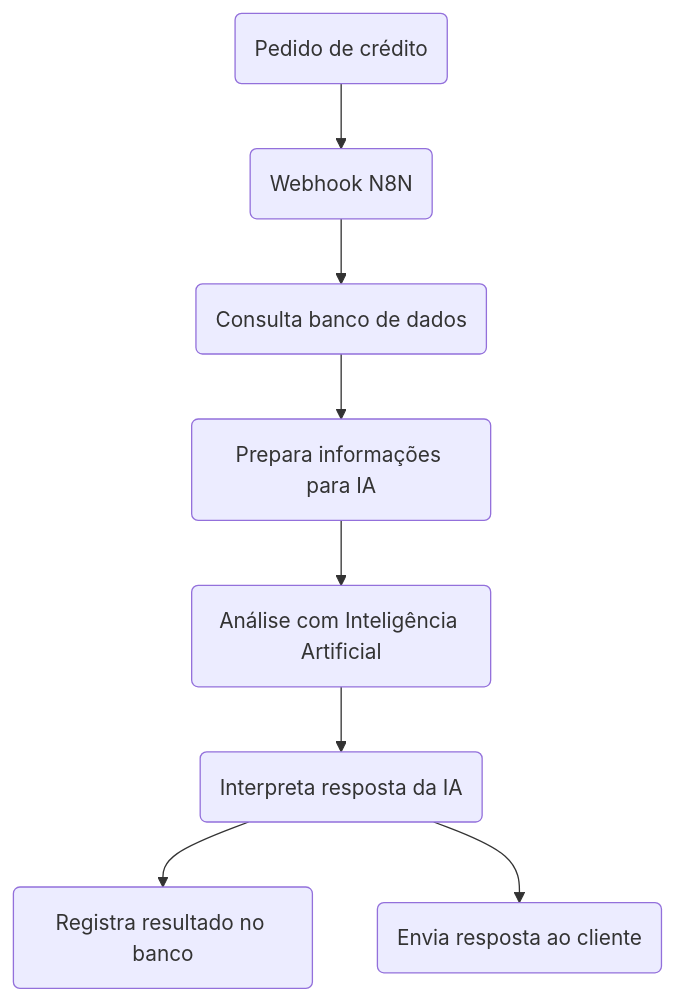
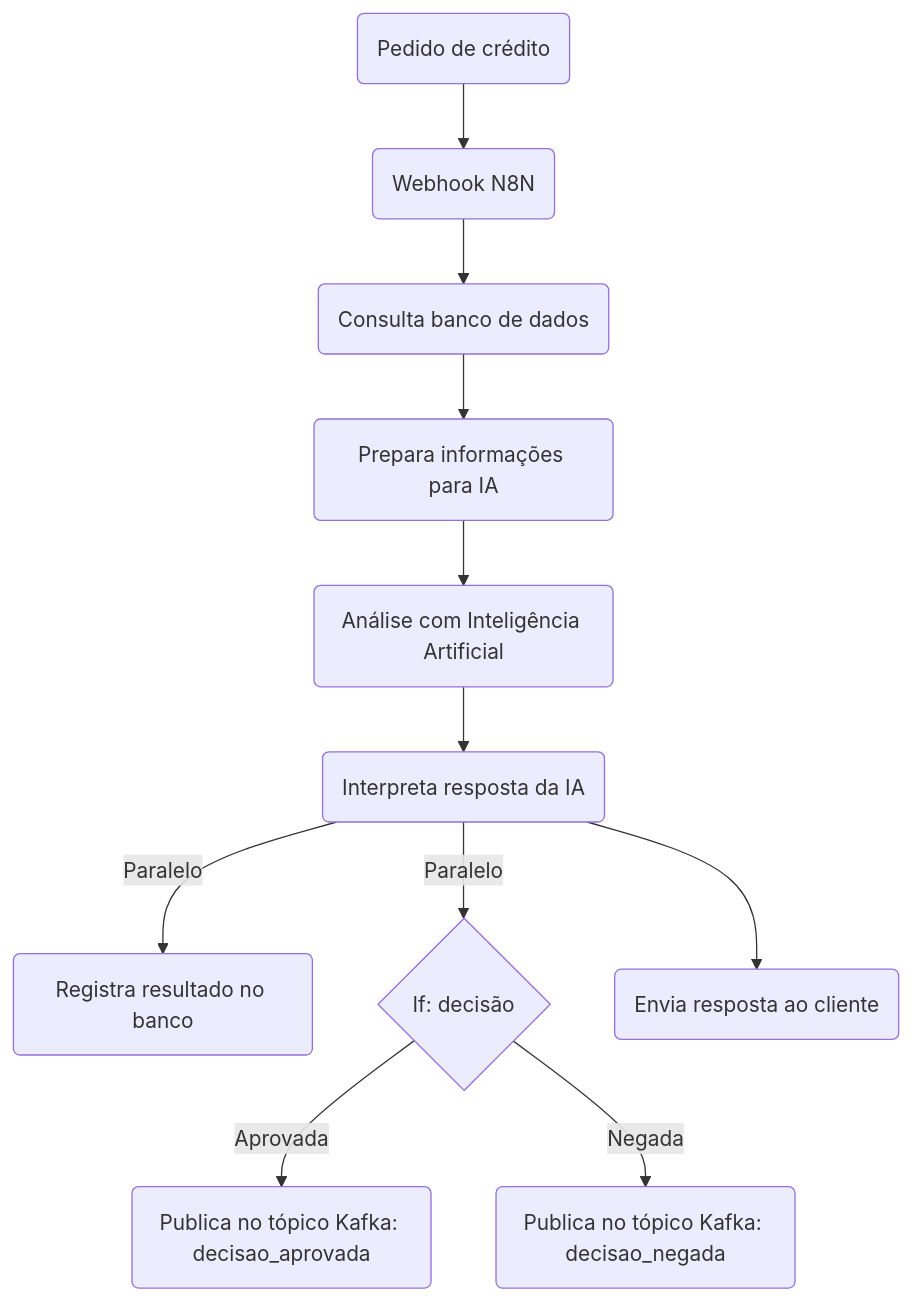
One commit to Robinhor10/poc-credito-ia changed the diagram in README.md. Above: the diagram before and after it, drawn with Mermaid. The commit also changed other lines of this file and 3 other files, not shown here.

Commit message:
implementando a feature de gerar evento no kafka após a decisão

````diff
--- a/README.md
+++ b/README.md
@@ -64,10 +141,13 @@
 ```mermaid
 flowchart TD
     Cliente(Pedido de crédito) --> WebhookN8N(Webhook N8N)
     WebhookN8N --> ConsultaBD(Consulta banco de dados)
     ConsultaBD --> PreparaPrompt(Prepara informações para IA)
     PreparaPrompt --> OpenAI(Análise com Inteligência Artificial)
     OpenAI --> Interpreta(Interpreta resposta da IA)
-    Interpreta --> RegistraBD(Registra resultado no banco)
+    Interpreta -->|Paralelo| RegistraBD(Registra resultado no banco)
+    Interpreta -->|Paralelo| IfDecisao{If: decisão}
+    IfDecisao -- "Aprovada" --> KafkaAprovada(Publica no tópico Kafka: decisao_aprovada)
+    IfDecisao -- "Negada" --> KafkaNegada(Publica no tópico Kafka: decisao_negada)
     Interpreta --> RespondeCliente(Envia resposta ao cliente)
 ```
````
